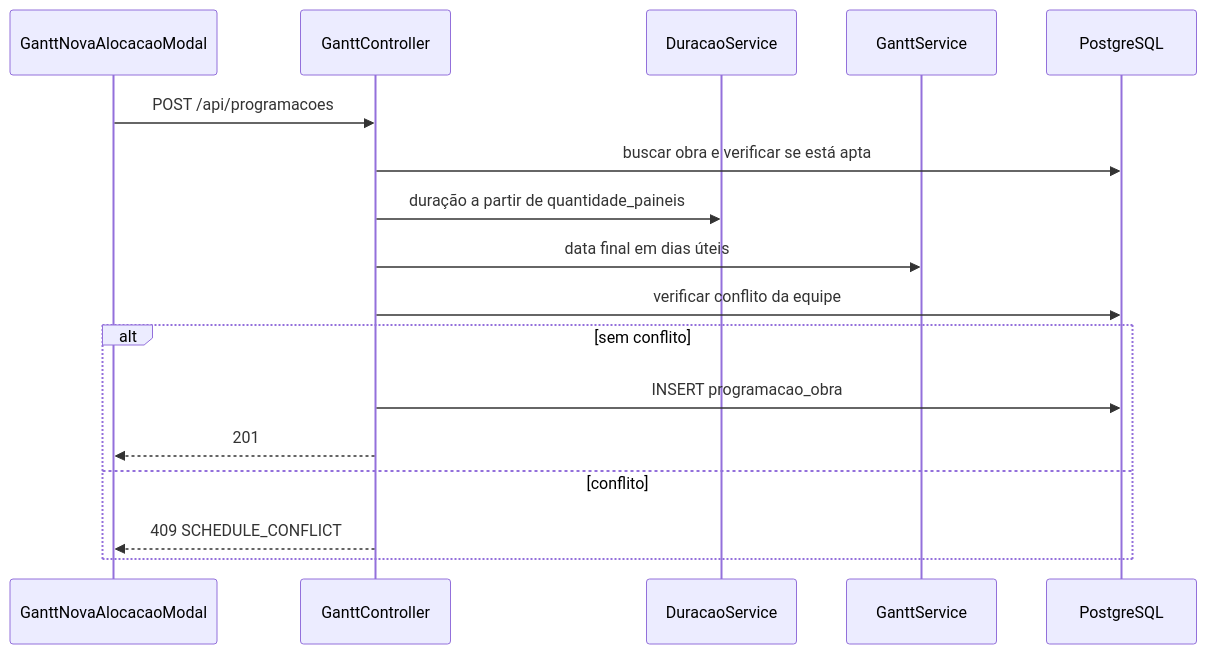
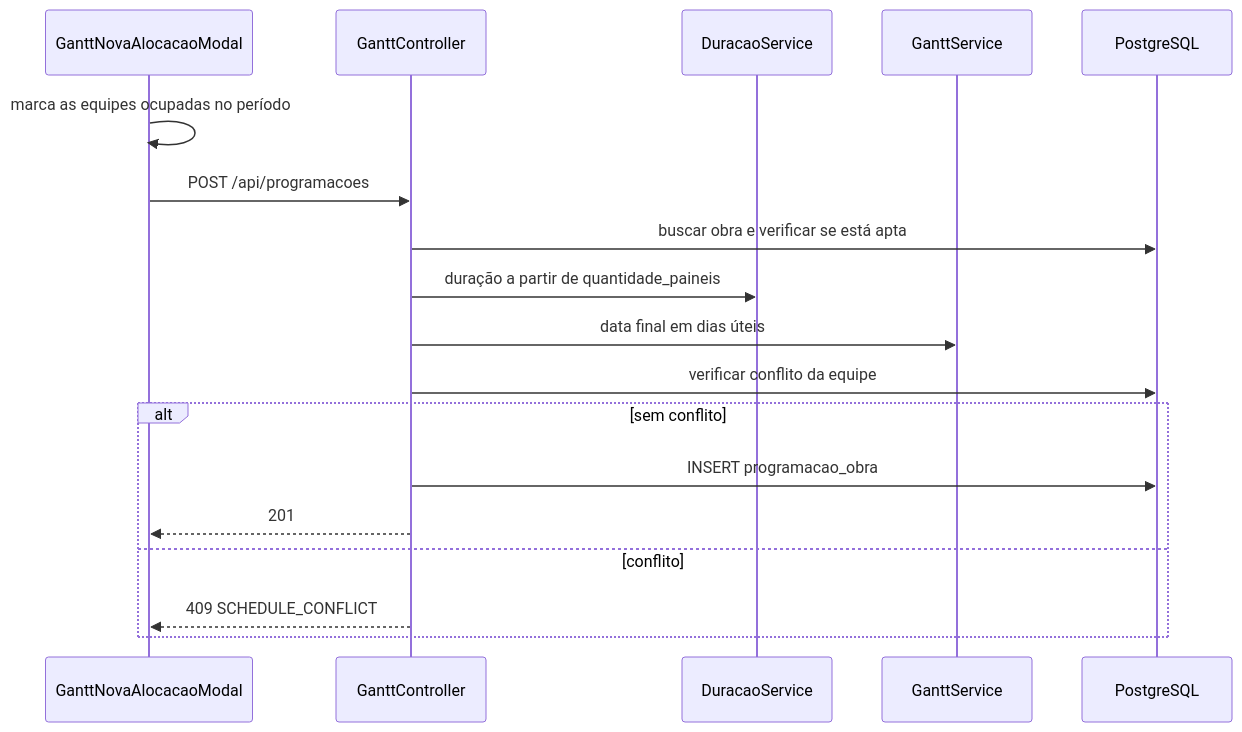
Before and after one commit to r7melo/pi4-2026-2-equipe-5: the third of 3 diagrams in docs/Requisitos/08-fluxos.md, drawn with Mermaid. The commit also changed other lines of this file and 7 other files, not shown here.

````diff
--- a/docs/Requisitos/08-fluxos.md
+++ b/docs/Requisitos/08-fluxos.md
@@ -60,20 +63,21 @@
 ```mermaid
 sequenceDiagram
   participant F as GanttNovaAlocacaoModal
   participant G as GanttController
   participant DS as DuracaoService
   participant GS as GanttService
   participant D as PostgreSQL
 
+  F->>F: marca as equipes ocupadas no período
   F->>G: POST /api/programacoes
   G->>D: buscar obra e verificar se está apta
   G->>DS: duração a partir de quantidade_paineis
   G->>GS: data final em dias úteis
   G->>D: verificar conflito da equipe
   alt sem conflito
     G->>D: INSERT programacao_obra
     G-->>F: 201
   else conflito
     G-->>F: 409 SCHEDULE_CONFLICT
   end
 ```
````
